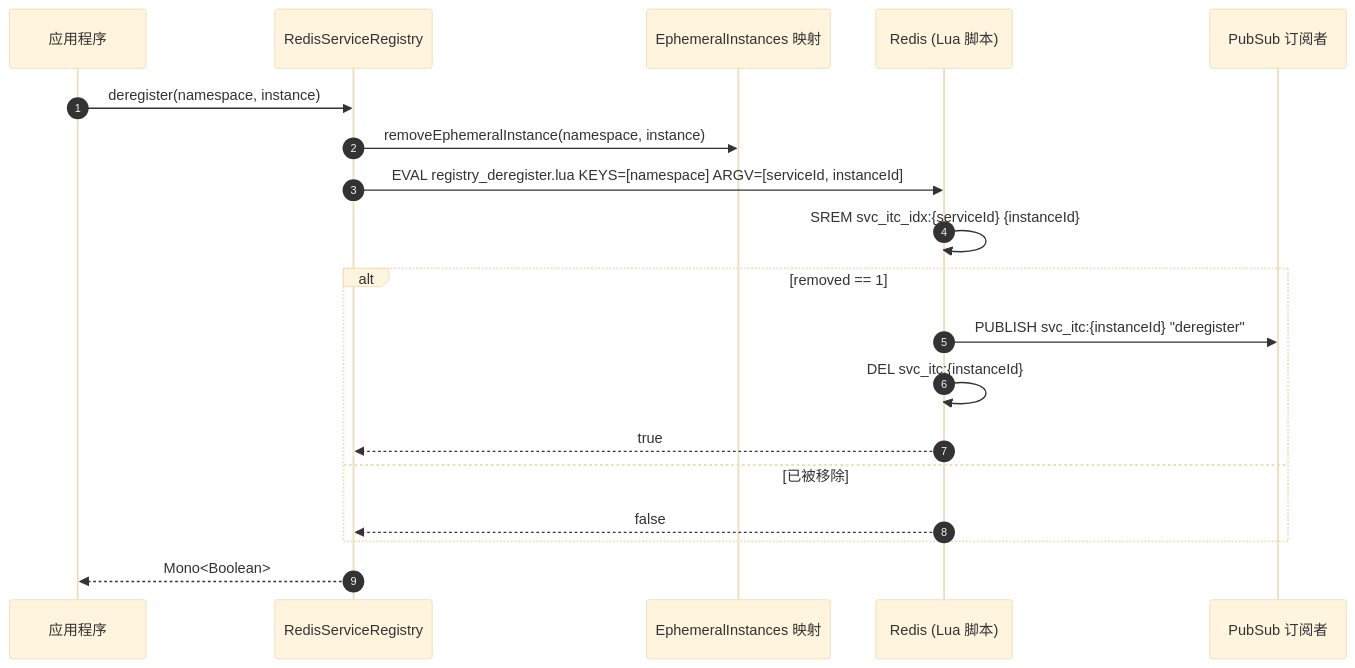
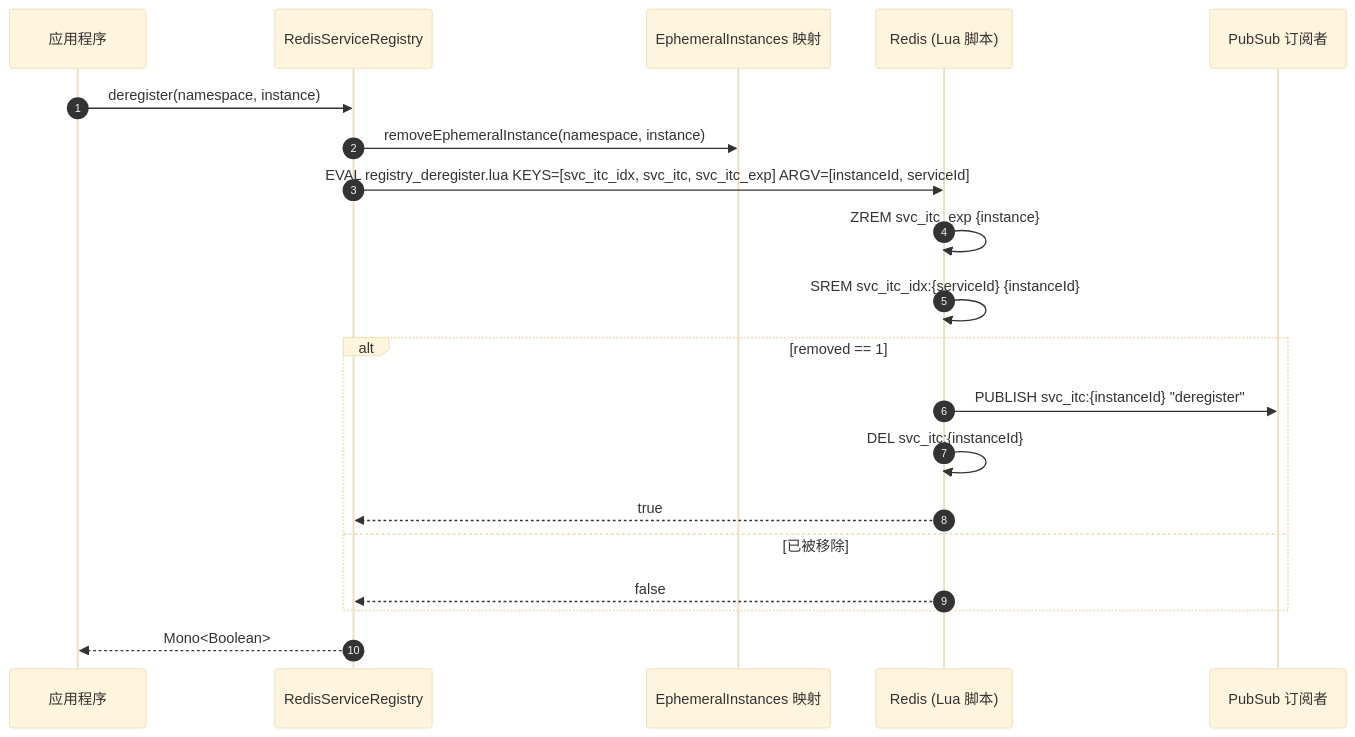
Before and after one commit to Ahoo-Wang/CoSky: the third of 4 diagrams in wiki/zh/guide/service-registry.md, drawn with Mermaid (base theme). The commit also changed other lines of this file and 201 other files, not shown here.

First line of the commit message:
Architecture & quality overhaul: consistent caches, Lua modularization, expiry reaping, security hardening (#985)

````diff
--- a/wiki/zh/guide/service-registry.md
+++ b/wiki/zh/guide/service-registry.md
@@ -178,22 +187,23 @@
 ```mermaid
 sequenceDiagram
     autonumber
     participant App as 应用程序
     participant SR as RedisServiceRegistry
     participant EMap as EphemeralInstances 映射
     participant Redis as Redis (Lua 脚本)
     participant Sub as PubSub 订阅者
 
     App->>SR: deregister(namespace, instance)
     SR->>EMap: removeEphemeralInstance(namespace, instance)
-    SR->>Redis: EVAL registry_deregister.lua KEYS=[namespace] ARGV=[serviceId, instanceId]
+    SR->>Redis: EVAL registry_deregister.lua KEYS=[svc_itc_idx, svc_itc, svc_itc_exp] ARGV=[instanceId, serviceId]
+    Redis->>Redis: ZREM svc_itc_exp {instance}
     Redis->>Redis: SREM svc_itc_idx:{serviceId} {instanceId}
     alt removed == 1
         Redis->>Sub: PUBLISH svc_itc:{instanceId} "deregister"
         Redis->>Redis: DEL svc_itc:{instanceId}
         Redis-->>SR: true
     else 已被移除
         Redis-->>SR: false
     end
     SR-->>App: Mono<Boolean>
 ```
````
